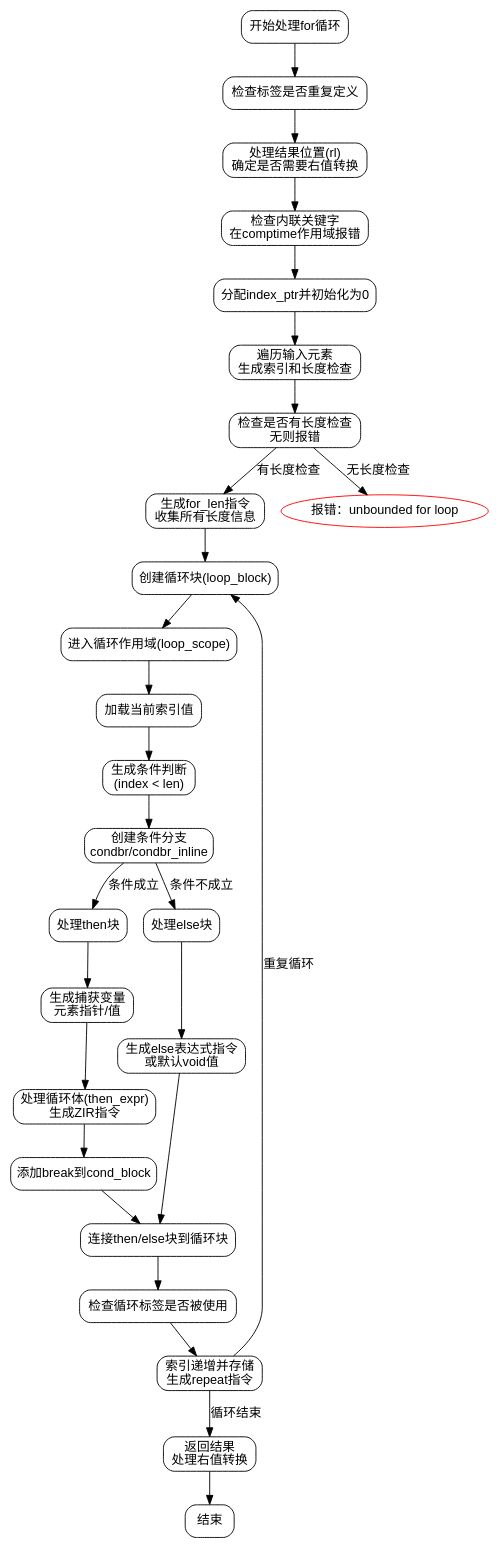
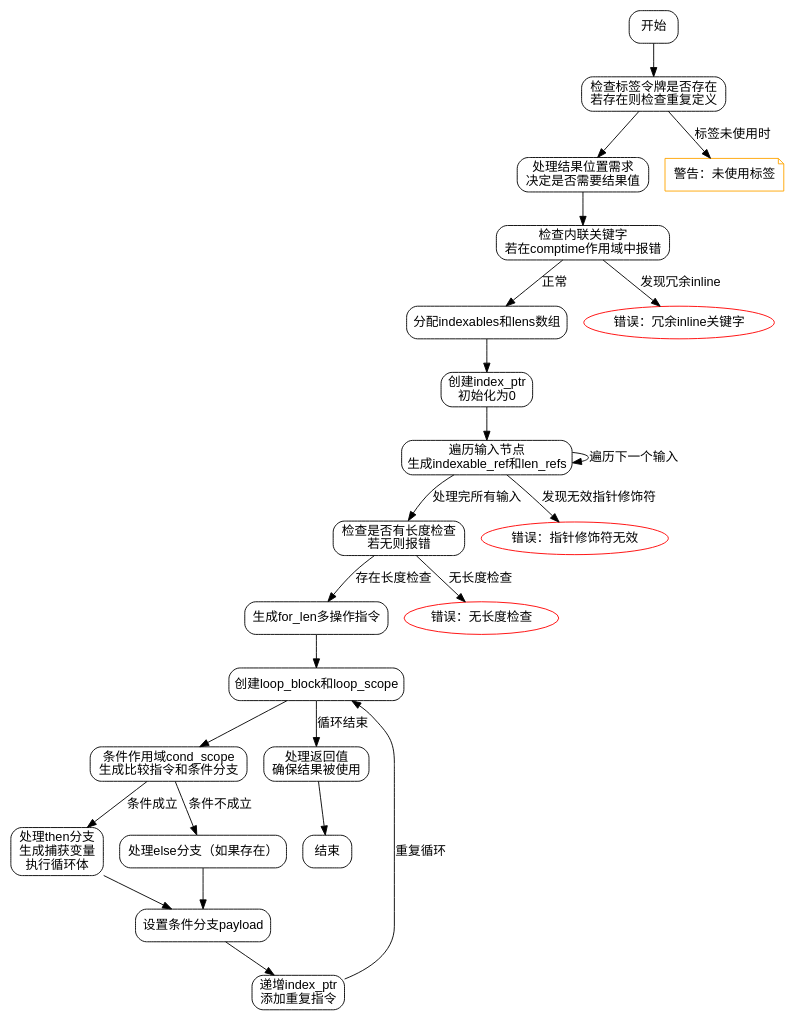
Before and after one commit to sdzx-1/deepseek-zig-reader: the diagram in dot_std/zig/AstGen.zig.forExpr.md, drawn with Graphviz. The commit also changed other lines of this file and 236 other files, not shown here.

````diff
--- a/dot_std/zig/AstGen.zig.forExpr.md
+++ b/dot_std/zig/AstGen.zig.forExpr.md
@@ -25,63 +45,57 @@
 ```dot
 digraph flowchart {
     node [shape=rectangle, style="rounded", fontname="Arial"];
     edge [fontname="Arial"];
 
-    start [label="开始处理for循环"];
-    check_label [label="检查标签是否重复定义"];
-    handle_rl [label="处理结果位置(rl)\n确定是否需要右值转换"];
-    check_inline [label="检查内联关键字\n在comptime作用域报错"];
-    alloc_index_ptr [label="分配index_ptr并初始化为0"];
-    process_inputs [label="遍历输入元素\n生成索引和长度检查"];
-    check_any_len [label="检查是否有长度检查\n无则报错"];
-    gen_for_len [label="生成for_len指令\n收集所有长度信息"];
-    create_loop_block [label="创建循环块(loop_block)"];
-    loop_scope [label="进入循环作用域(loop_scope)"];
-    load_index [label="加载当前索引值"];
-    gen_cond [label="生成条件判断\n(index < len)"];
-    cond_br [label="创建条件分支\ncondbr/condbr_inline"];
-    then_block [label="处理then块"];
-    capture_vars [label="生成捕获变量\n元素指针/值"];
-    handle_then_expr [label="处理循环体(then_expr)\n生成ZIR指令"];
-    then_break [label="添加break到cond_block"];
-    else_block [label="处理else块"];
-    handle_else_expr [label="生成else表达式指令\n或默认void值"];
-    check_label_used [label="检查循环标签是否被使用"];
-    connect_blocks [label="连接then/else块到循环块"];
-    inc_index [label="索引递增并存储\n生成repeat指令"];
-    final_result [label="返回结果\n处理右值转换"];
+    start [label="开始"];
+    check_label [label="检查标签令牌是否存在\n若存在则检查重复定义"];
+    handle_rl [label="处理结果位置需求\n决定是否需要结果值"];
+    check_inline [label="检查内联关键字\n若在comptime作用域中报错"];
+    alloc_arrays [label="分配indexables和lens数组"];
+    init_index_ptr [label="创建index_ptr\n初始化为0"];
+    process_inputs [label="遍历输入节点\n生成indexable_ref和len_refs"];
+    check_any_len [label="检查是否有长度检查\n若无则报错"];
+    gen_for_len [label="生成for_len多操作指令"];
+    create_loop [label="创建loop_block和loop_scope"];
+    cond_scope [label="条件作用域cond_scope\n生成比较指令和条件分支"];
+    then_scope [label="处理then分支\n生成捕获变量\n执行循环体"];
+    else_scope [label="处理else分支（如果存在）"];
+    set_payload [label="设置条件分支payload"];
+    increment_index [label="递增index_ptr\n添加重复指令"];
+    handle_result [label="处理返回值\n确保结果被使用"];
     end [label="结束"];
 
+    // 错误节点
+    error_redundant_inline [label="错误：冗余inline关键字", shape="ellipse", color="red"];
+    error_no_len [label="错误：无长度检查", shape="ellipse", color="red"];
+    error_discard_ref [label="错误：指针修饰符无效", shape="ellipse", color="red"];
+    error_unused_label [label="警告：未使用标签", shape="note", color="orange"];
+
+    // 主流程
     start -> check_label;
     check_label -> handle_rl;
     handle_rl -> check_inline;
-    check_inline -> alloc_index_ptr;
-    alloc_index_ptr -> process_inputs;
-    process_inputs -> check_any_len;
-    check_any_len -> gen_for_len [label="有长度检查"];
-    check_any_len -> error_unbounded [label="无长度检查"];
-    gen_for_len -> create_loop_block;
-    create_loop_block -> loop_scope;
-    loop_scope -> load_index;
-    load_index -> gen_cond;
-    gen_cond -> cond_br;
-    cond_br -> then_block [label="条件成立"];
-    cond_br -> else_block [label="条件不成立"];
+    check_inline -> error_redundant_inline [label="发现冗余inline"];
+    check_inline -> alloc_arrays [label="正常"];
+    alloc_arrays -> init_index_ptr;
+    init_index_ptr -> process_inputs;
+    process_inputs -> error_discard_ref [label="发现无效指针修饰符"];
+    process_inputs -> check_any_len [label="处理完所有输入"];
+    check_any_len -> error_no_len [label="无长度检查"];
+    check_any_len -> gen_for_len [label="存在长度检查"];
+    gen_for_len -> create_loop;
+    create_loop -> cond_scope;
+    cond_scope -> then_scope [label="条件成立"];
+    cond_scope -> else_scope [label="条件不成立"];
+    then_scope -> set_payload;
+    else_scope -> set_payload;
+    set_payload -> increment_index;
+    increment_index -> create_loop [label="重复循环"];
+    create_loop -> handle_result [label="循环结束"];
+    handle_result -> end;
 
-    then_block -> capture_vars;
-    capture_vars -> handle_then_expr;
-    handle_then_expr -> then_break;
-    then_break -> connect_blocks;
-
-    else_block -> handle_else_expr;
-    handle_else_expr -> connect_blocks;
-
-    connect_blocks -> check_label_used;
-    check_label_used -> inc_index;
-    inc_index -> create_loop_block [label="重复循环"];
-    inc_index -> final_result [label="循环结束"];
-    final_result -> end;
-
-    error_unbounded [label="报错：unbounded for loop", shape=oval, color=red];
+    // 副作用连接
+    check_label -> error_unused_label [label="标签未使用时"];
+    process_inputs -> process_inputs [label="遍历下一个输入"];
 }
-```
+``` 
````
